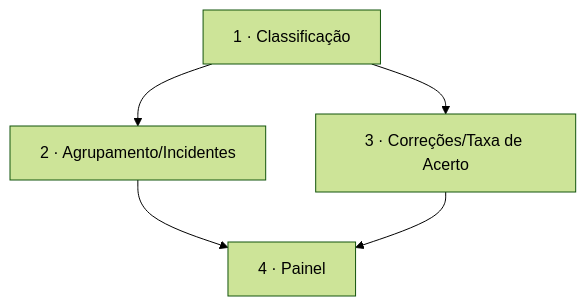
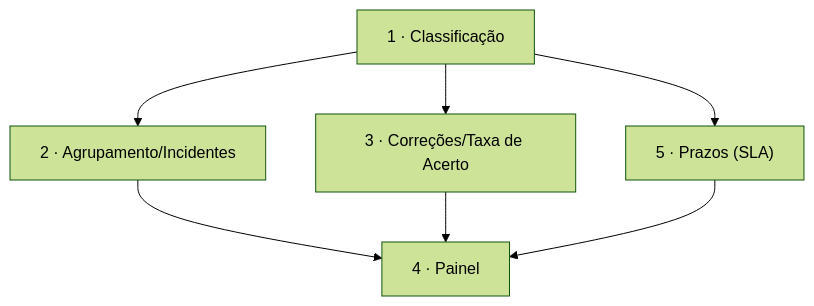
The diagram in management/roadmap.md (Miguel-Soares1/hackathon), drawn with Mermaid (forest theme) before and after one commit. The commit also changed other lines of this file and 11 other files, not shown here.

````diff
--- a/management/roadmap.md
+++ b/management/roadmap.md
@@ -27,11 +28,14 @@
 ```mermaid
 graph TD
   S1["1 · Classificação"]
   S2["2 · Agrupamento/Incidentes"]
   S3["3 · Correções/Taxa de Acerto"]
+  S5["5 · Prazos (SLA)"]
   S4["4 · Painel"]
   S1 --> S2
   S1 --> S3
+  S1 --> S5
   S2 --> S4
   S3 --> S4
+  S5 --> S4
 ```
````
